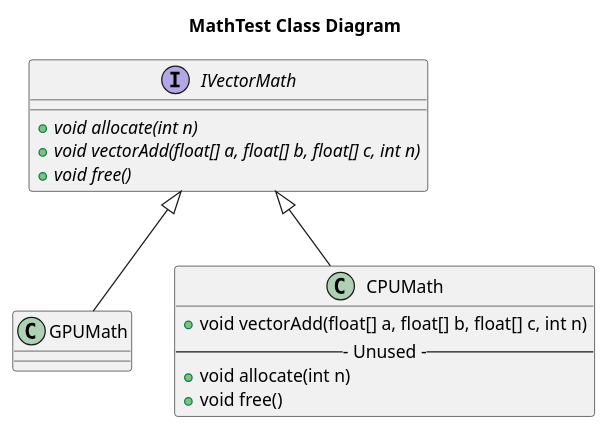
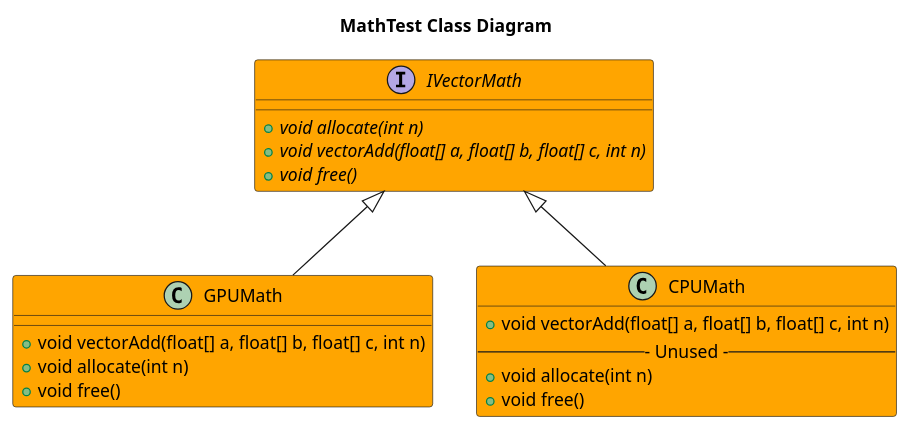
Before and after one commit to fastrobotics/robot_framework: the diagram in doc/ADR/016-ADRGPUSoftwareDesign/examples/MathTest/doc/puml/MathTestClassDiagram.puml, drawn with PlantUML. The commit also changed 3 other files, not shown here.

```diff
--- a/doc/ADR/016-ADRGPUSoftwareDesign/examples/MathTest/doc/puml/MathTestClassDiagram.puml
+++ b/doc/ADR/016-ADRGPUSoftwareDesign/examples/MathTest/doc/puml/MathTestClassDiagram.puml
@@ -1,19 +1,21 @@
 @startuml
 title MathTest Class Diagram
-interface IVectorMath {
+interface IVectorMath #Orange {
     +{abstract} void allocate(int n)
     +{abstract} void vectorAdd(float[] a, float[] b, float[] c, int n)
     +{abstract} void free()
 }
-class GPUMath {
-
+class GPUMath #Orange  {
+    +void vectorAdd(float[] a, float[] b, float[] c, int n)
+    +void allocate(int n)
+    +void free()
 }
 GPUMath -up-|> IVectorMath
-class CPUMath {
+class CPUMath #Orange  {
     +void vectorAdd(float[] a, float[] b, float[] c, int n)
     --- Unused ---
     +void allocate(int n)
     +void free()
 }
 CPUMath -up-|> IVectorMath
 @enduml
```
